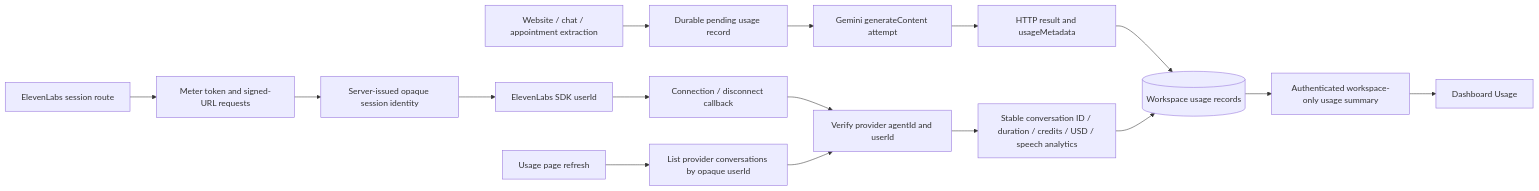
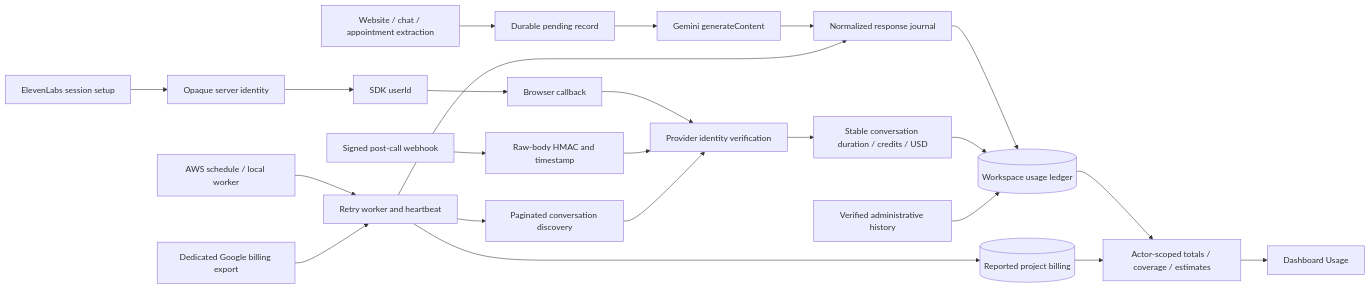
Before and after one commit to tinitiateprime/everonnai: the second of 9 diagrams in PROJECT_DATA_FLOW.md, drawn with Mermaid. The commit also changed other lines of this file and 44 other files, not shown here.

Commit message:
Harden provider usage tracking with isolated Supabase persistence

````diff
--- a/PROJECT_DATA_FLOW.md
+++ b/PROJECT_DATA_FLOW.md
@@ -30,18 +30,25 @@
 ```mermaid
 flowchart LR
-  Feature[Website / chat / appointment extraction] --> Begin[Durable pending usage record]
-  Begin --> Gemini[Gemini generateContent attempt]
-  Gemini --> Metadata[HTTP result and usageMetadata]
-  Metadata --> Ledger[(Workspace usage records)]
-  Setup[ElevenLabs session route] --> Credentials[Meter token and signed-URL requests]
-  Credentials --> Ticket[Server-issued opaque session identity]
-  Ticket --> SDK[ElevenLabs SDK userId]
-  SDK --> Callback[Connection / disconnect callback]
-  Callback --> Verify[Verify provider agentId and userId]
-  Refresh[Usage page refresh] --> Discover[List provider conversations by opaque userId]
+  Feature[Website / chat / appointment extraction] --> Begin[Durable pending record]
+  Begin --> Gemini[Gemini generateContent]
+  Gemini --> Journal[Normalized response journal]
+  Journal --> Ledger[(Workspace usage ledger)]
+  Setup[ElevenLabs session setup] --> Ticket[Opaque server identity]
+  Ticket --> SDK[SDK userId]
+  SDK --> Callback[Browser callback]
+  Callback --> Verify[Provider identity verification]
+  Webhook[Signed post-call webhook] --> HMAC[Raw-body HMAC and timestamp]
+  HMAC --> Verify
+  Schedule[AWS schedule / local worker] --> Worker[Retry worker and heartbeat]
+  Worker --> Journal
+  Worker --> Discover[Paginated conversation discovery]
   Discover --> Verify
-  Verify --> Conversation[Stable conversation ID / duration / credits / USD / speech analytics]
-  Conversation --> Ledger
-  Ledger --> Summary[Authenticated workspace-only usage summary]
+  Verify --> Charges[Stable conversation duration / credits / USD]
+  Charges --> Ledger
+  Export[Dedicated Google billing export] --> Worker
+  Worker --> Billing[(Reported project billing)]
+  Import[Verified administrative history] --> Ledger
+  Ledger --> Summary[Actor-scoped totals / coverage / estimates]
+  Billing --> Summary
   Summary --> Dashboard[Dashboard Usage]
 ```
````
